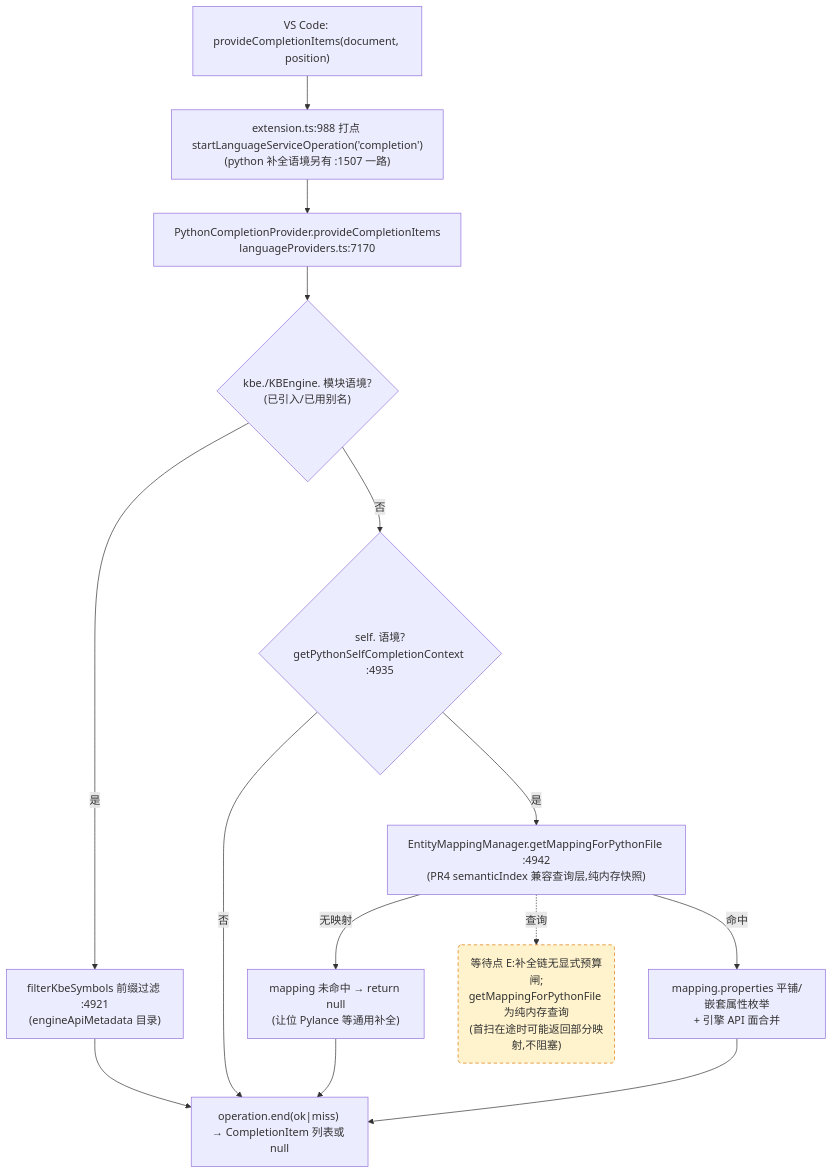
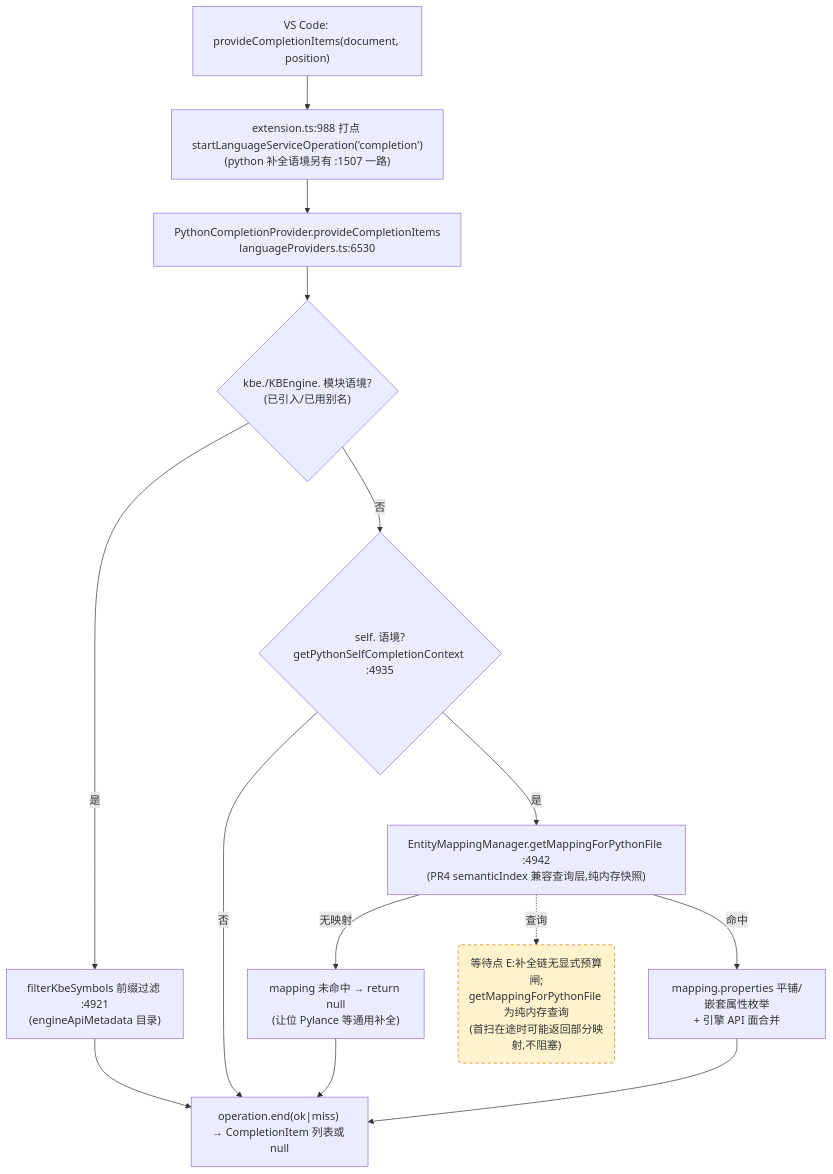
Before and after one commit to cuihairu/kode: the third of 4 diagrams in docs/perf/2026-baseline.md, drawn with Mermaid. The commit also changed other lines of this file and 4 other files, not shown here.

First line of the commit message:
refactor(arch): KODE-ARCH-001 step 1 — extract languageProviders/reveal + shared (pure move, zero behavior change)

````diff
--- a/docs/perf/2026-baseline.md
+++ b/docs/perf/2026-baseline.md
@@ -184,27 +184,27 @@
 ```mermaid
 flowchart TD
   VC3["VS Code: provideCompletionItems(document, position)"]
   M3["extension.ts:988 打点 startLanguageServiceOperation('completion')<br/>(python 补全语境另有 :1507 一路)"]
-  CP["PythonCompletionProvider.provideCompletionItems<br/>languageProviders.ts:7170"]
+  CP["PythonCompletionProvider.provideCompletionItems<br/>languageProviders.ts:6530"]
   KBEC{"kbe./KBEngine. 模块语境?<br/>(已引入/已用别名)"}
   FILTER["filterKbeSymbols 前缀过滤 :4921<br/>(engineApiMetadata 目录)"]
   SELFC{"self. 语境?<br/>getPythonSelfCompletionContext :4935"}
   MAP["EntityMappingManager.getMappingForPythonFile :4942<br/>(PR4 semanticIndex 兼容查询层,纯内存快照)"]
   NOMAP["mapping 未命中 → return null<br/>(让位 Pylance 等通用补全)"]
   PROPS["mapping.properties 平铺/嵌套属性枚举<br/>+ 引擎 API 面合并"]
   END3["operation.end(ok|miss) → CompletionItem 列表或 null"]
 
   VC3 --> M3 --> CP --> KBEC
   KBEC -- "是" --> FILTER --> END3
   KBEC -- "否" --> SELFC
   SELFC -- "否" --> END3
   SELFC -- "是" --> MAP
   MAP -- "无映射" --> NOMAP --> END3
   MAP -- "命中" --> PROPS --> END3
 
   WAITE("等待点 E:补全链无显式预算闸;<br/>getMappingForPythonFile 为纯内存查询<br/>(首扫在途时可能返回部分映射,不阻塞)")
   MAP -.->|查询| WAITE
 
   classDef waitPoint fill:#fff3cd,stroke:#d97706,stroke-dasharray:5 4;
   class WAITE waitPoint;
 ```
````
